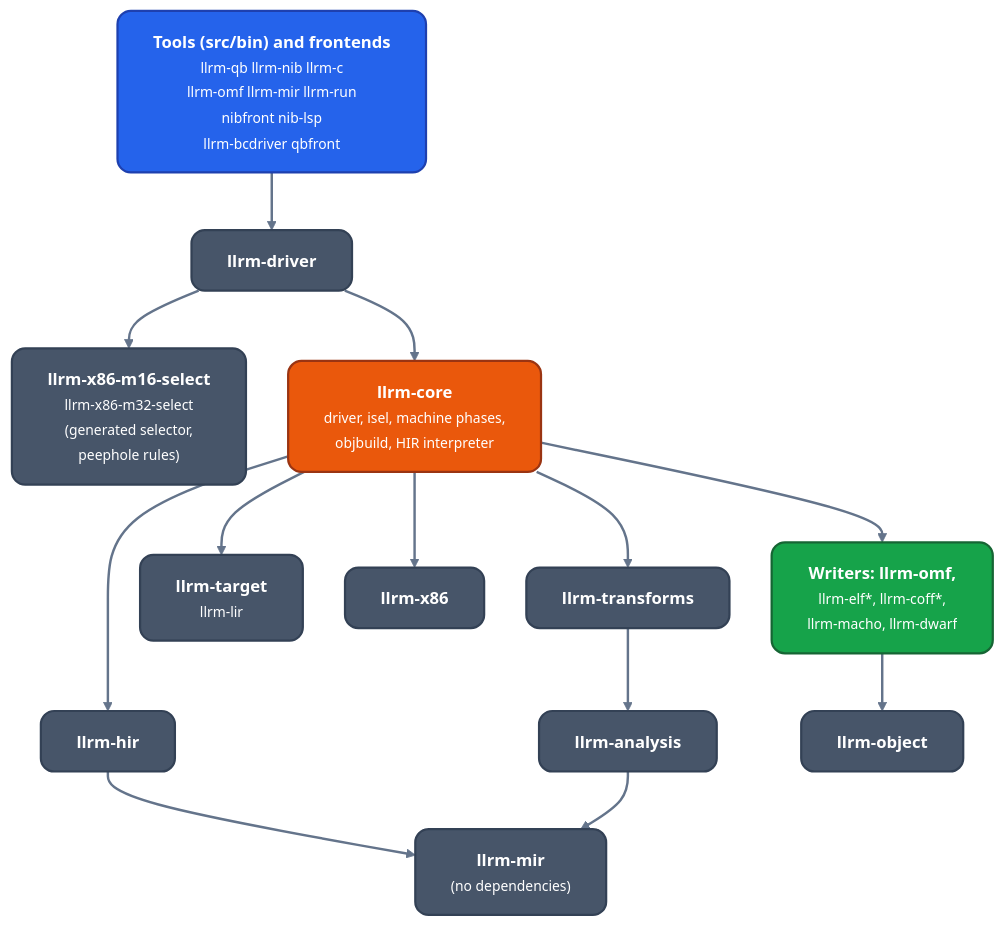
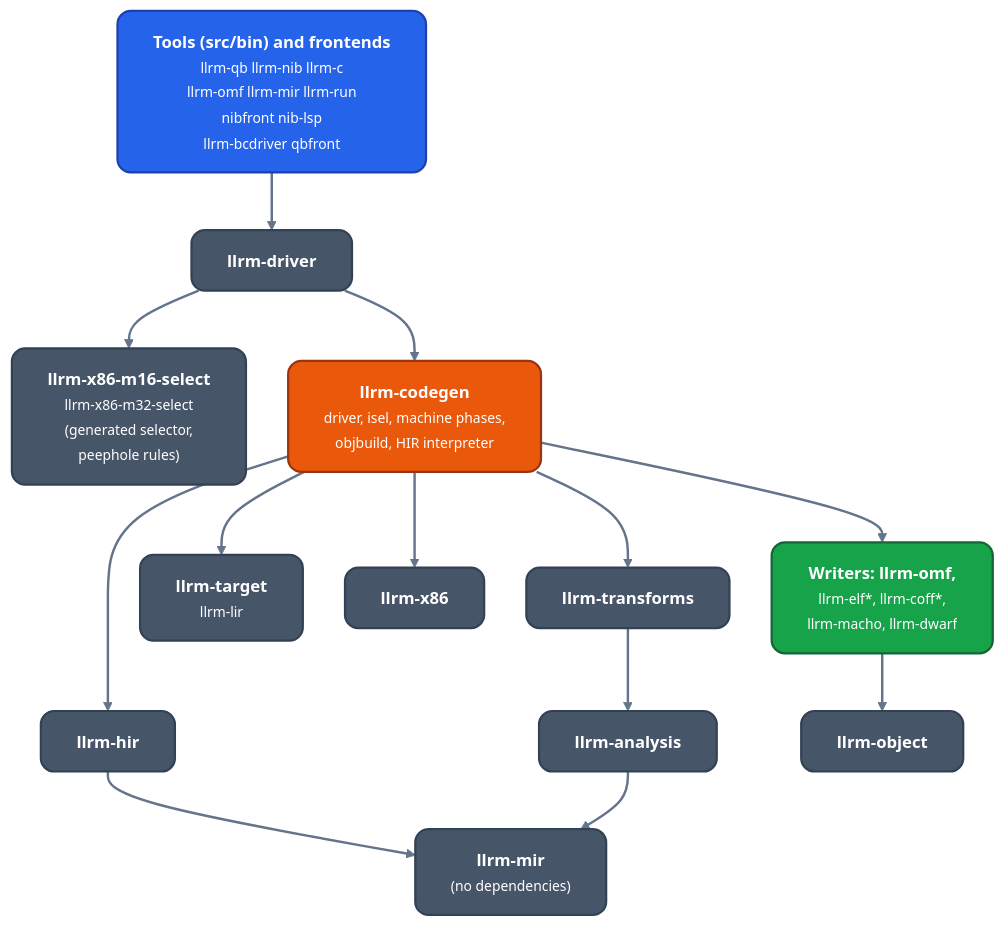
The second of 6 diagrams in docs/architecture/readme.md (ali-mosavian/llrm), drawn with Mermaid before and after one commit. The commit also changed other lines of this file and 820 other files, not shown here.

Commit message:
refactor(layout): llrm-core becomes crates/codegen/llrm-codegen

````diff
--- a/docs/architecture/readme.md
+++ b/docs/architecture/readme.md
@@ -72,33 +72,33 @@
 ```mermaid
 %%{init: {'theme':'base','themeVariables':{'fontFamily':'Segoe UI, Helvetica Neue, Arial, DejaVu Sans, sans-serif','fontSize':'15px','primaryColor':'#475569','primaryTextColor':'#ffffff','primaryBorderColor':'#334155','lineColor':'#64748b','secondaryColor':'#475569','tertiaryColor':'transparent','clusterBkg':'transparent','clusterBorder':'#64748b','edgeLabelBackground':'#334155','textColor':'#64748b','titleColor':'#64748b'},'flowchart':{'curve':'basis','nodeSpacing':38,'rankSpacing':52,'padding':16,'wrappingWidth':360,'htmlLabels':true,'useMaxWidth':true}}}%%
 flowchart TB
   classDef src fill:#2563eb,stroke:#1e40af,stroke-width:2px,color:#ffffff,rx:12px,ry:12px
   classDef mid fill:#475569,stroke:#334155,stroke-width:2px,color:#ffffff,rx:12px,ry:12px
   classDef opt fill:#ea580c,stroke:#9a3412,stroke-width:2px,color:#ffffff,rx:12px,ry:12px
   classDef out fill:#16a34a,stroke:#166534,stroke-width:2px,color:#ffffff,rx:12px,ry:12px
   linkStyle default stroke:#64748b,stroke-width:2.2px
   fe["<b>Tools (src/bin) and frontends</b><br/><small>llrm-qb llrm-nib llrm-c<br/>llrm-omf llrm-mir llrm-run<br/>nibfront nib-lsp<br/>llrm-bcdriver qbfront</small>"]:::src
   drv["<b>llrm-driver</b>"]:::mid
   sel["<b>llrm-x86-m16-select</b><br/><small>llrm-x86-m32-select<br/>(generated selector,<br/>peephole rules)</small>"]:::mid
-  core["<b>llrm-core</b><br/><small>driver, isel, machine phases,<br/>objbuild, HIR interpreter</small>"]:::opt
+  core["<b>llrm-codegen</b><br/><small>driver, isel, machine phases,<br/>objbuild, HIR interpreter</small>"]:::opt
   hir["<b>llrm-hir</b>"]:::mid
   tr["<b>llrm-transforms</b>"]:::mid
   tgt["<b>llrm-target</b><br/><small>llrm-lir</small>"]:::mid
   x86["<b>llrm-x86</b>"]:::mid
   wr["<b>Writers: llrm-omf,</b><br/><small>llrm-elf*, llrm-coff*,<br/>llrm-macho, llrm-dwarf</small>"]:::out
   an["<b>llrm-analysis</b>"]:::mid
   obj["<b>llrm-object</b>"]:::mid
   mir["<b>llrm-mir</b><br/><small>(no dependencies)</small>"]:::mid
   fe --> drv
   drv --> sel
   drv --> core
   core --> hir
   core --> tr
   core --> tgt
   core --> x86
   core --> wr
   wr --> obj
   hir --> mir
   tr --> an
   an --> mir
 ```
````
